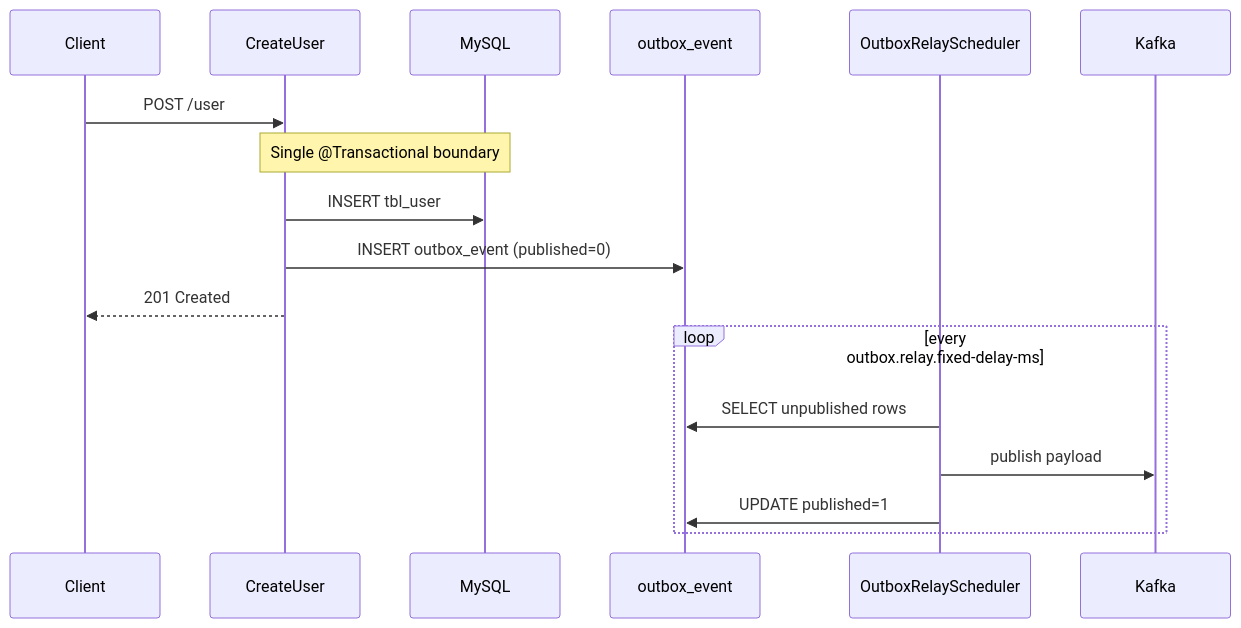
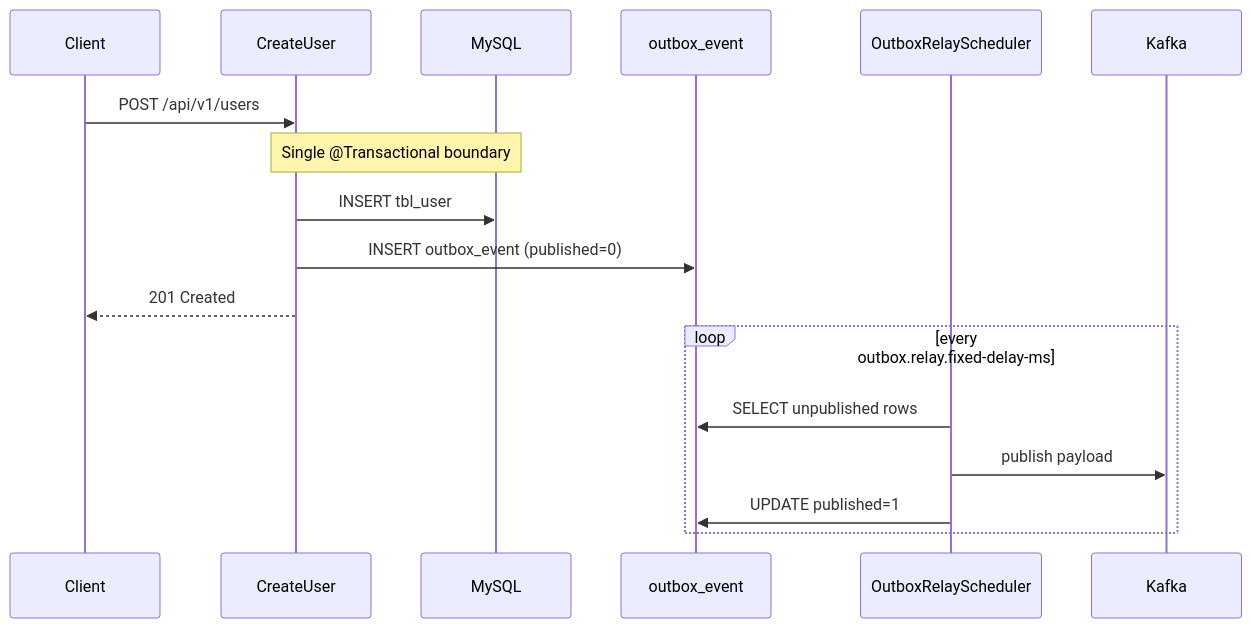
The diagram in docs/outbox-pattern.md (olx-india/java-service-template-clean-architecture), drawn with Mermaid before and after one commit. The commit also changed other lines of this file and 84 other files, not shown here.

````diff
--- a/docs/outbox-pattern.md
+++ b/docs/outbox-pattern.md
@@ -28,21 +28,21 @@
 ```mermaid
 sequenceDiagram
     participant Client
     participant CreateUser
     participant DB as MySQL
     participant Outbox as outbox_event
     participant Relay as OutboxRelayScheduler
     participant Kafka
 
-    Client->>CreateUser: POST /user
+    Client->>CreateUser: POST /api/v1/users
     Note over CreateUser,DB: Single @Transactional boundary
     CreateUser->>DB: INSERT tbl_user
     CreateUser->>Outbox: INSERT outbox_event (published=0)
     CreateUser-->>Client: 201 Created
 
     loop every outbox.relay.fixed-delay-ms
         Relay->>Outbox: SELECT unpublished rows
         Relay->>Kafka: publish payload
         Relay->>Outbox: UPDATE published=1
     end
 ```
````
